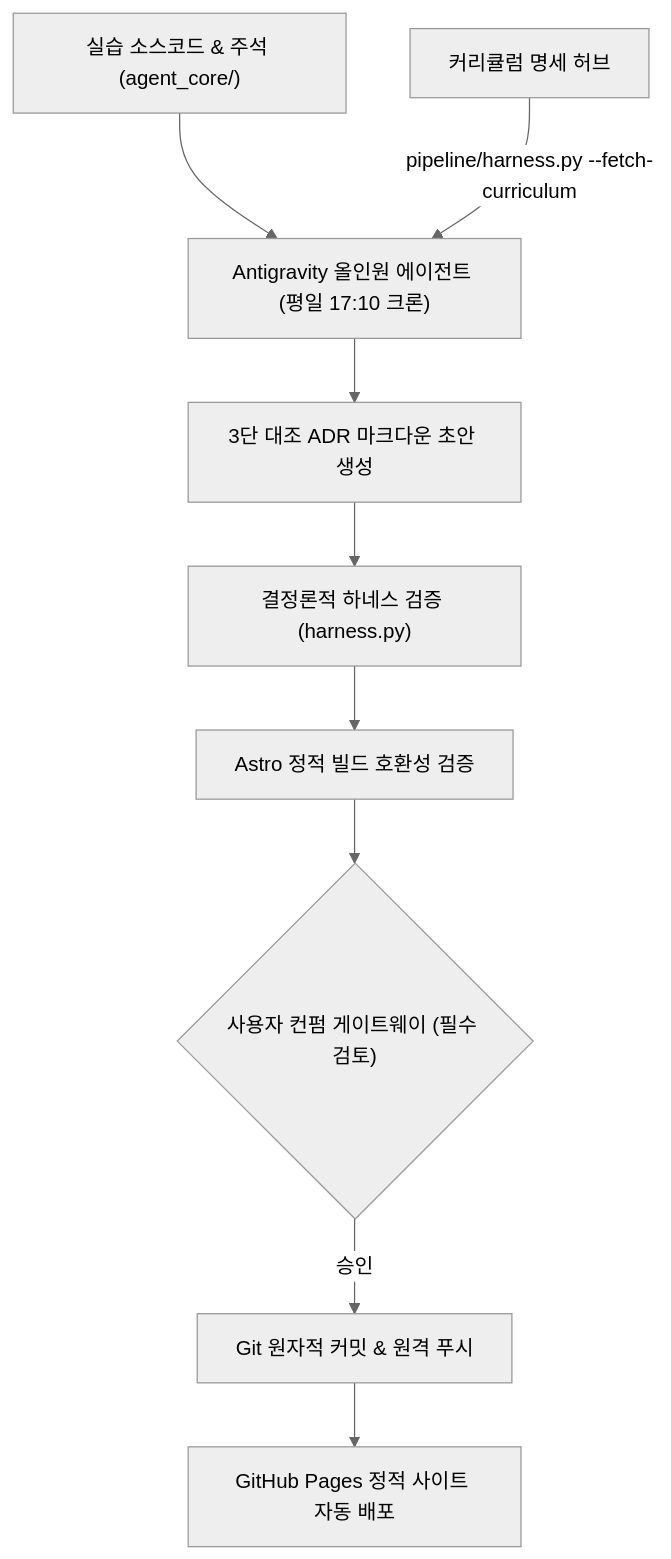
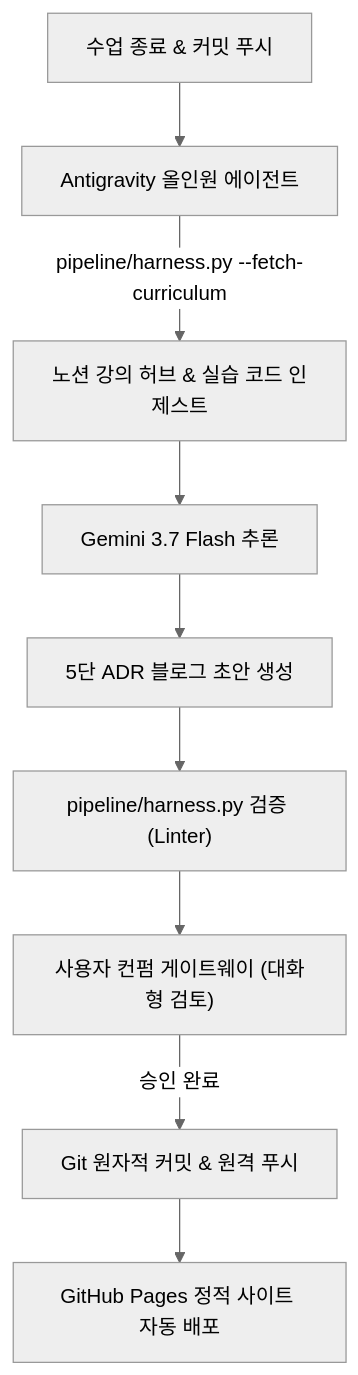
Before and after one commit to mmmphyun/security-agent-toolkit: the diagram in docs/posts/proj-devlog-agent-pipeline-01-architecture-and-tradeoffs.md, drawn with Mermaid (neutral theme). The commit also changed 11 other files, not shown here.

````diff
--- a/docs/posts/proj-devlog-agent-pipeline-01-architecture-and-tradeoffs.md
+++ b/docs/posts/proj-devlog-agent-pipeline-01-architecture-and-tradeoffs.md
@@ -21,12 +21,11 @@
 ```mermaid
 flowchart TD
-    A["실습 소스코드 & 주석 (agent_core/)"] --> B["Antigravity 올인원 에이전트 (평일 17:10 크론)"]
-    C["커리큘럼 명세 허브"] -->|pipeline/harness.py --fetch-curriculum| B
-    B --> D["3단 대조 ADR 마크다운 초안 생성"]
-    D --> E["결정론적 하네스 검증 (harness.py)"]
-    E --> F["Astro 정적 빌드 호환성 검증"]
-    G{"사용자 컨펌 게이트웨이 (필수 검토)"}
-    F --> G
-    G -->|승인| H["Git 원자적 커밋 & 원격 푸시"]
+    A["수업 종료 & 커밋 푸시"] --> B["Antigravity 올인원 에이전트"]
+    B -->|"pipeline/harness.py --fetch-curriculum"| C["노션 강의 허브 & 실습 코드 인제스트"]
+    C --> D["Gemini 3.7 Flash 추론"]
+    D --> E["5단 ADR 블로그 초안 생성"]
+    E --> F["pipeline/harness.py 검증 (Linter)"]
+    F --> G["사용자 컨펌 게이트웨이 (대화형 검토)"]
+    G -->|"승인 완료"| H["Git 원자적 커밋 & 원격 푸시"]
     H --> I["GitHub Pages 정적 사이트 자동 배포"]
 ```
````
